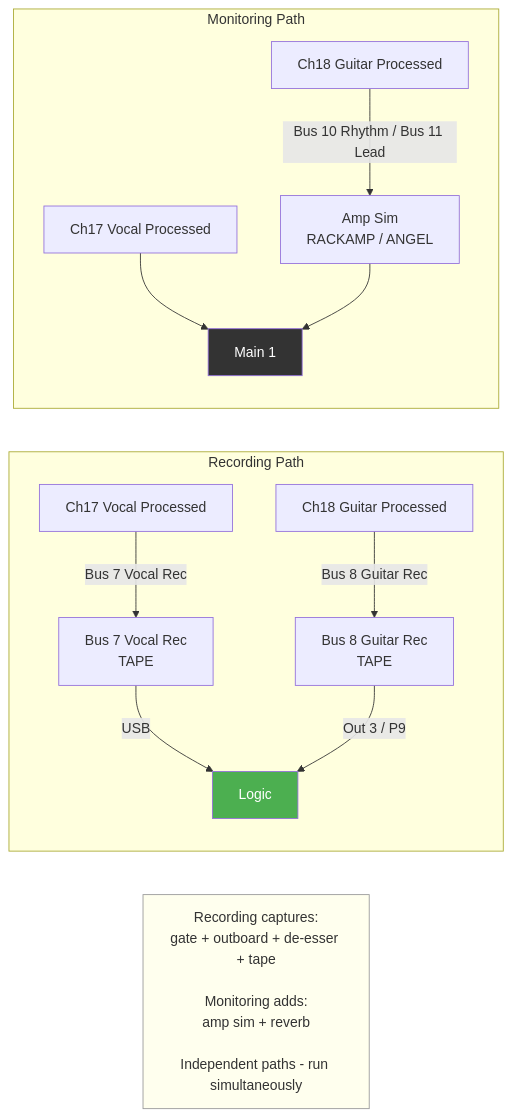
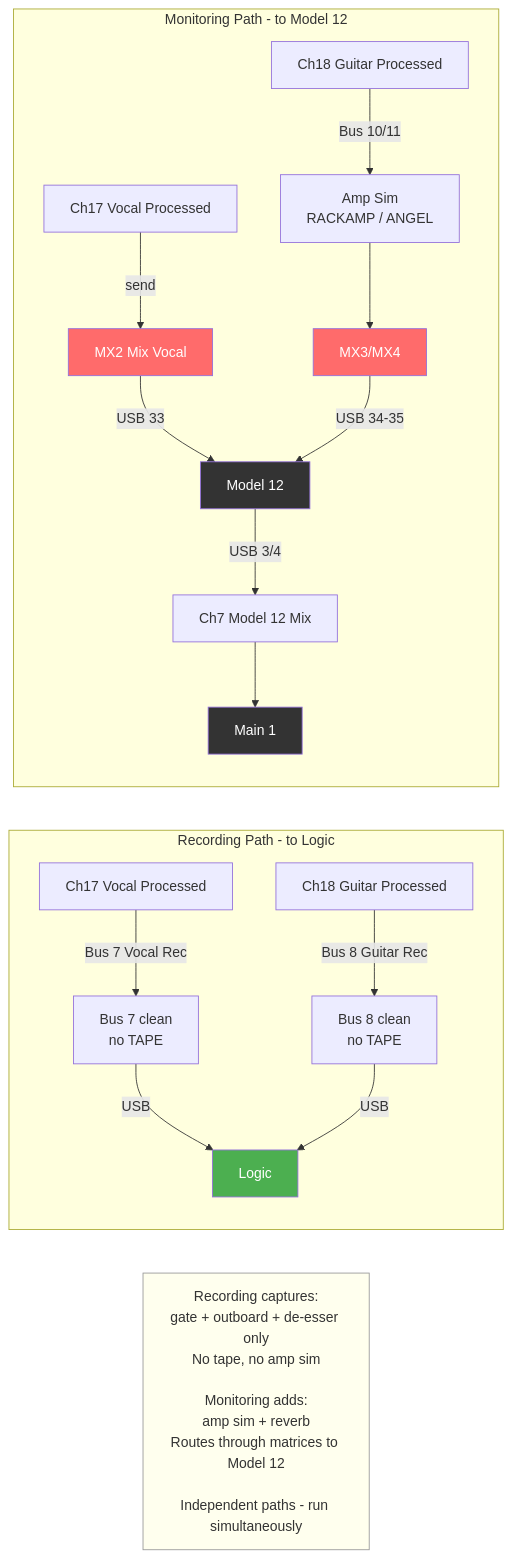
One commit to ldenman/studio-setup changed the fourth of 21 diagrams in docs/diagrams.md. Above: the diagram before and after it, drawn with Mermaid. The commit also changed other lines of this file and 1 other file, not shown here.

First line of the commit message:
Update all diagrams for mix matrices and tape aux loop

````diff
--- a/docs/diagrams.md
+++ b/docs/diagrams.md
@@ -153,20 +167,24 @@
 ```mermaid
 graph LR
-    subgraph Recording Path
+    subgraph Recording Path - to Logic
         direction TB
-        CH17R[Ch17 Vocal Processed] -->|Bus 7 Vocal Rec| BUS7[Bus 7 Vocal Rec<br/>TAPE] -->|USB| LOGIC_R[Logic]
-        CH18R[Ch18 Guitar Processed] -->|Bus 8 Guitar Rec| BUS8[Bus 8 Guitar Rec<br/>TAPE] -->|Out 3 / P9| LOGIC_R
+        CH17R[Ch17 Vocal Processed] -->|Bus 7 Vocal Rec| BUS7[Bus 7 clean<br/>no TAPE] -->|USB| LOGIC_R[Logic]
+        CH18R[Ch18 Guitar Processed] -->|Bus 8 Guitar Rec| BUS8[Bus 8 clean<br/>no TAPE] -->|USB| LOGIC_R
     end
 
-    subgraph Monitoring Path
+    subgraph Monitoring Path - to Model 12
         direction TB
-        CH17M[Ch17 Vocal Processed] --> MAIN[Main 1]
-        CH18M[Ch18 Guitar Processed] -->|Bus 10 Rhythm / Bus 11 Lead| AMP[Amp Sim<br/>RACKAMP / ANGEL] --> MAIN
+        CH17M[Ch17 Vocal Processed] -->|send| MX2[MX2 Mix Vocal] -->|USB 33| M12[Model 12]
+        CH18M[Ch18 Guitar Processed] -->|Bus 10/11| AMP[Amp Sim<br/>RACKAMP / ANGEL] --> MX34[MX3/MX4] -->|USB 34-35| M12
+        M12 -->|USB 3/4| CH7[Ch7 Model 12 Mix] --> MAIN[Main 1]
     end
 
-    REC_NOTE[Recording captures:<br/>gate + outboard + de-esser + tape<br/><br/>Monitoring adds:<br/>amp sim + reverb<br/><br/>Independent paths - run simultaneously]
+    REC_NOTE[Recording captures:<br/>gate + outboard + de-esser only<br/>No tape, no amp sim<br/><br/>Monitoring adds:<br/>amp sim + reverb<br/>Routes through matrices to Model 12<br/><br/>Independent paths - run simultaneously]
 
     style REC_NOTE fill:#ffe,stroke:#999
     style LOGIC_R fill:#4CAF50,color:#fff
     style MAIN fill:#333,color:#fff
+    style M12 fill:#333,color:#fff
+    style MX2 fill:#FF6B6B,color:#fff
+    style MX34 fill:#FF6B6B,color:#fff
 ```
````
